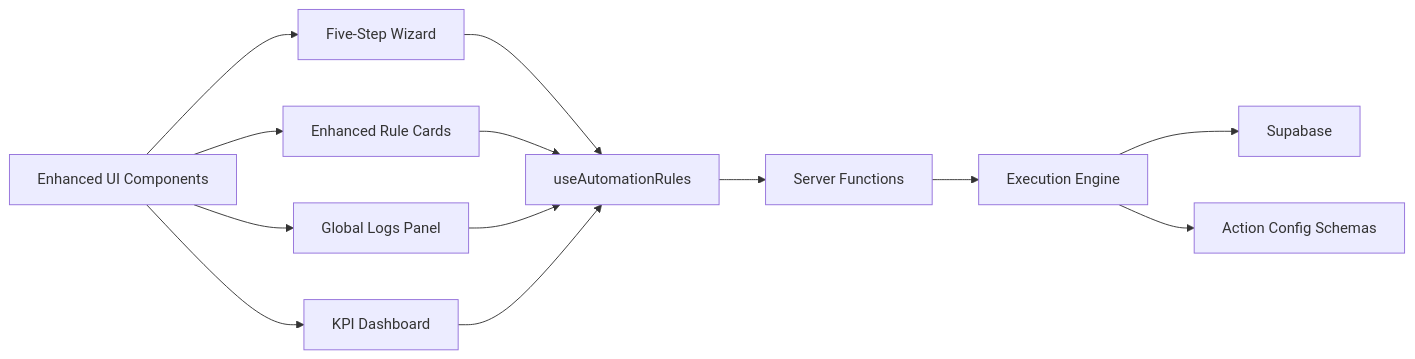
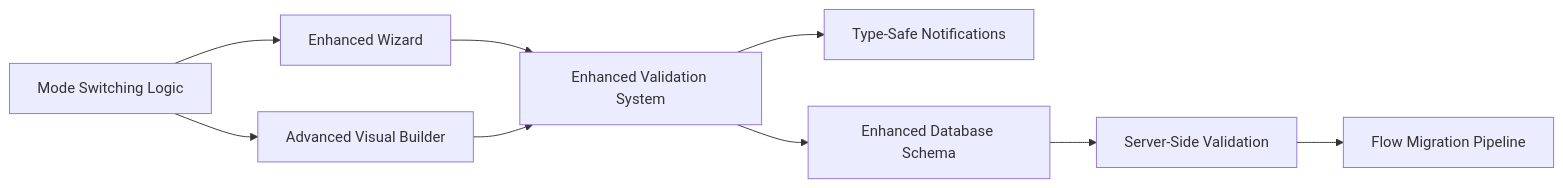
Before and after one commit to gastaldellomarco/pcReady: the seventh of 7 diagrams in .qoder/repowiki/en/content/Automation System/Automation System.md, drawn with Mermaid. The commit also changed other lines of this file and 4 other files, not shown here.

````diff
--- a/.qoder/repowiki/en/content/Automation System/Automation System.md
+++ b/.qoder/repowiki/en/content/Automation System/Automation System.md
@@ -520,15 +645,11 @@
 ```mermaid
 graph LR
-UI["Enhanced UI Components"] --> Wizard["Five-Step Wizard"]
-UI --> Cards["Enhanced Rule Cards"]
-UI --> Logs["Global Logs Panel"]
-UI --> KPI["KPI Dashboard"]
-Wizard --> Hooks["useAutomationRules"]
-Cards --> Hooks
-Logs --> Hooks
-KPI --> Hooks
-Hooks --> API["Server Functions"]
-API --> Exec["Execution Engine"]
-Exec --> DB["Supabase"]
-Exec --> Schemas["Action Config Schemas"]
+ModeSwitch["Mode Switching Logic"] --> Wizard["Enhanced Wizard"]
+ModeSwitch --> Builder["Advanced Visual Builder"]
+Wizard --> Validation["Enhanced Validation System"]
+Builder --> Validation
+Validation --> Notifications["Type-Safe Notifications"]
+Validation --> DB["Enhanced Database Schema"]
+DB --> Server["Server-Side Validation"]
+Server --> Migration["Flow Migration Pipeline"]
 ```
````
